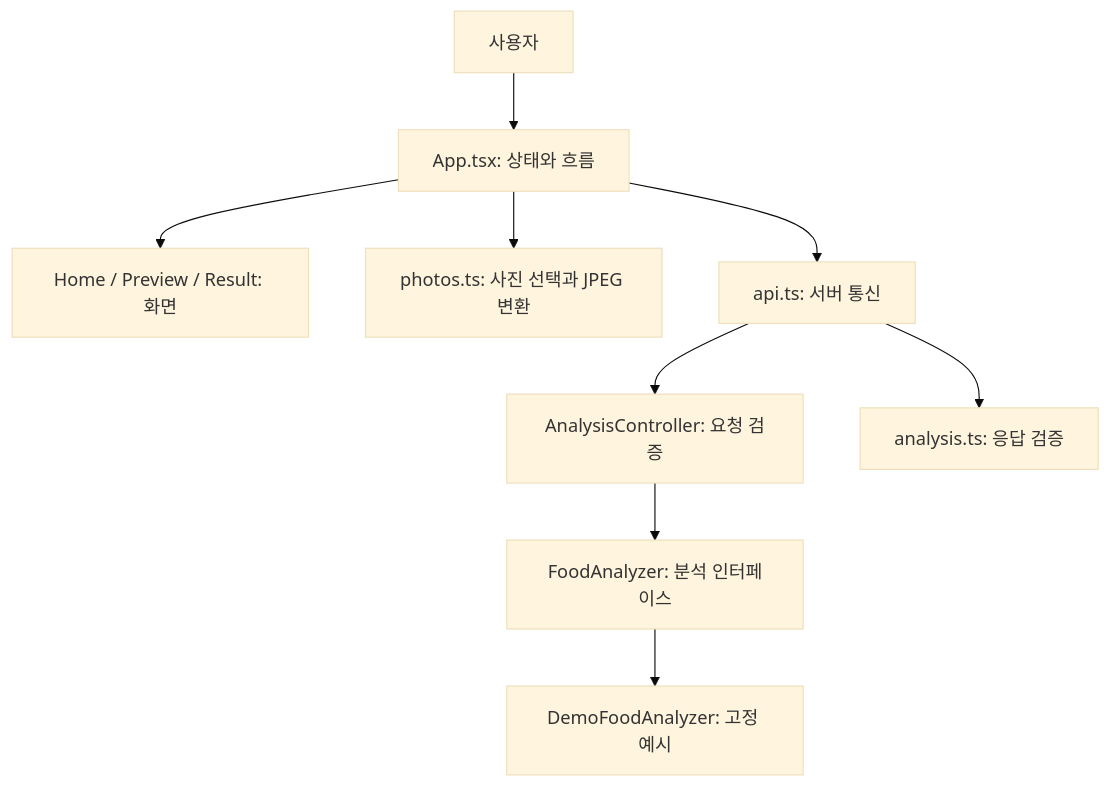
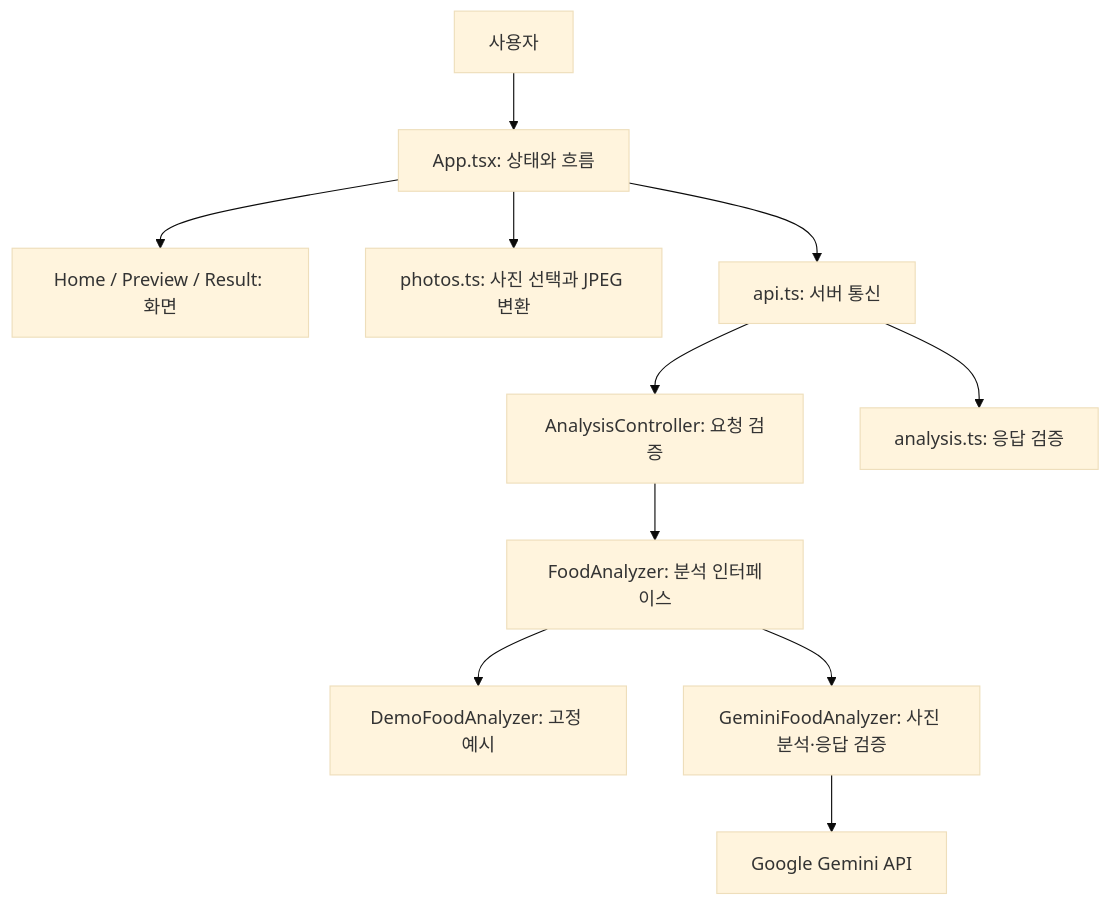
Before and after one commit to youngjoone/BurnKcal: the diagram in docs/ARCHITECTURE.md, drawn with Mermaid (base theme). The commit also changed other lines of this file and 23 other files, not shown here.

````diff
--- a/docs/ARCHITECTURE.md
+++ b/docs/ARCHITECTURE.md
@@ -5,11 +5,13 @@
 ```mermaid
 flowchart TD
   User[사용자] --> App[App.tsx: 상태와 흐름]
   App --> Screens[Home / Preview / Result: 화면]
   App --> Photos[photos.ts: 사진 선택과 JPEG 변환]
   App --> Client[api.ts: 서버 통신]
   Client --> Controller[AnalysisController: 요청 검증]
   Controller --> Analyzer[FoodAnalyzer: 분석 인터페이스]
   Analyzer --> Demo[DemoFoodAnalyzer: 고정 예시]
+  Analyzer --> Gemini[GeminiFoodAnalyzer: 사진 분석·응답 검증]
+  Gemini --> Google[Google Gemini API]
   Client --> Contract[analysis.ts: 응답 검증]
 ```
````
